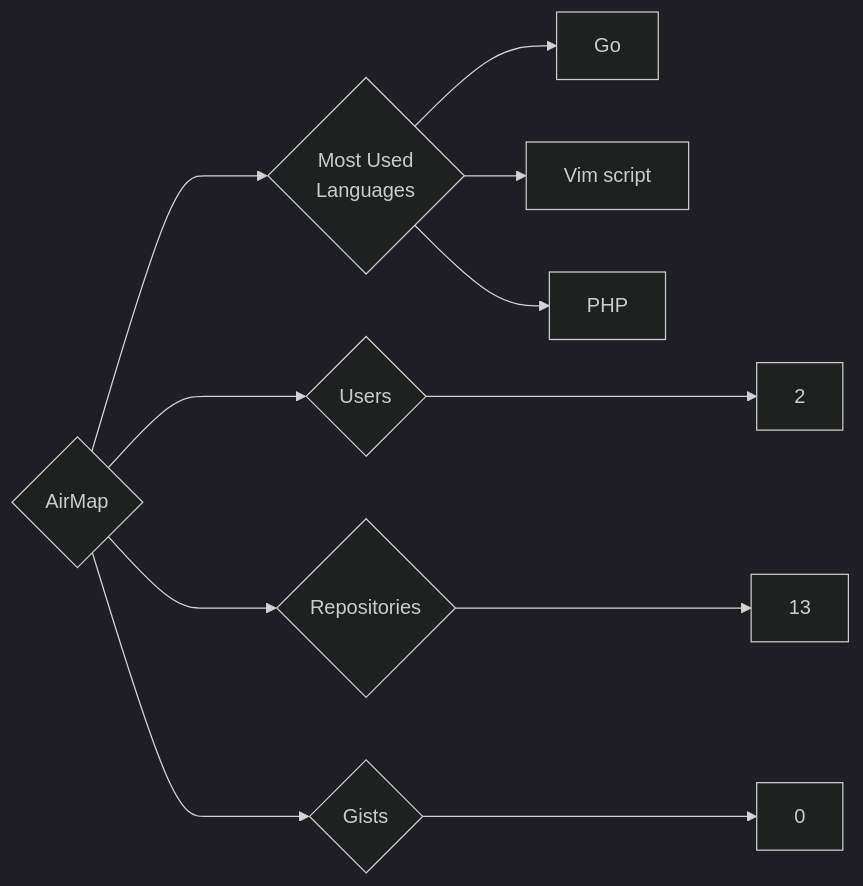
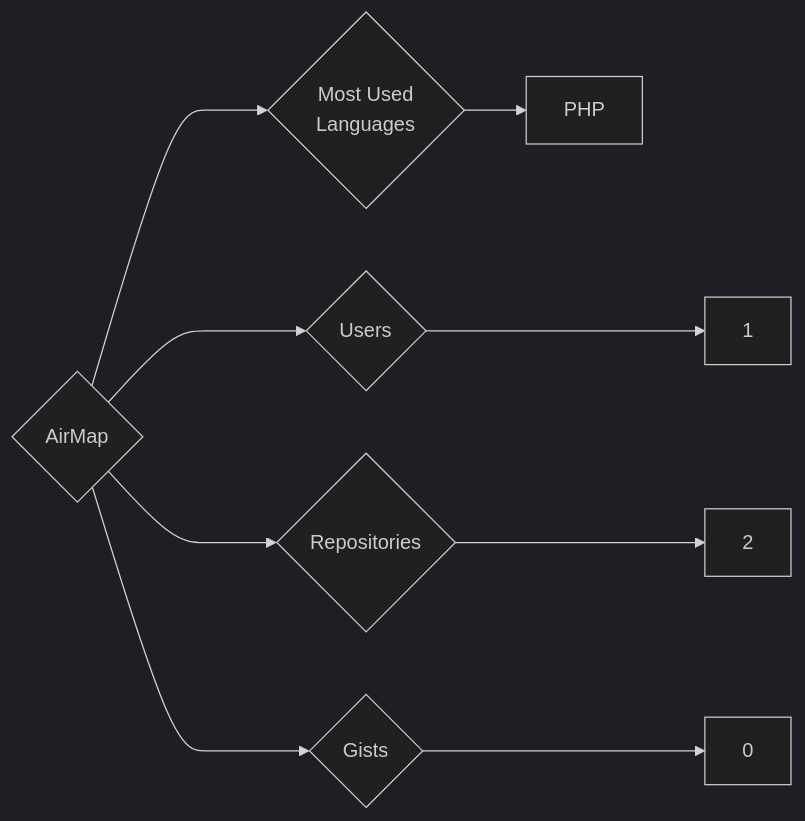
One commit to trickest/insiders changed the diagram in targets/AirMap/README.md. Above: the diagram before and after it, drawn with Mermaid (dark theme). The commit also changed 882 other files, not shown here.

````diff
--- a/targets/AirMap/README.md
+++ b/targets/AirMap/README.md
@@ -3,11 +3,9 @@
 ```mermaid
 graph LR
 COMPANY_NAME{AirMap}
-COMPANY_NAME ---> U{Users} ---> UN[2]
-COMPANY_NAME ---> R{Repositories} ---> RN[13]
+COMPANY_NAME ---> U{Users} ---> UN[1]
+COMPANY_NAME ---> R{Repositories} ---> RN[2]
 COMPANY_NAME ---> G{Gists} ---> GN[0]
 COMPANY_NAME ---> ML{Most Used<br>Languages}
-ML --> Go[Go]
-ML --> Vim_script[Vim script]
 ML --> PHP[PHP]
 ```
````
